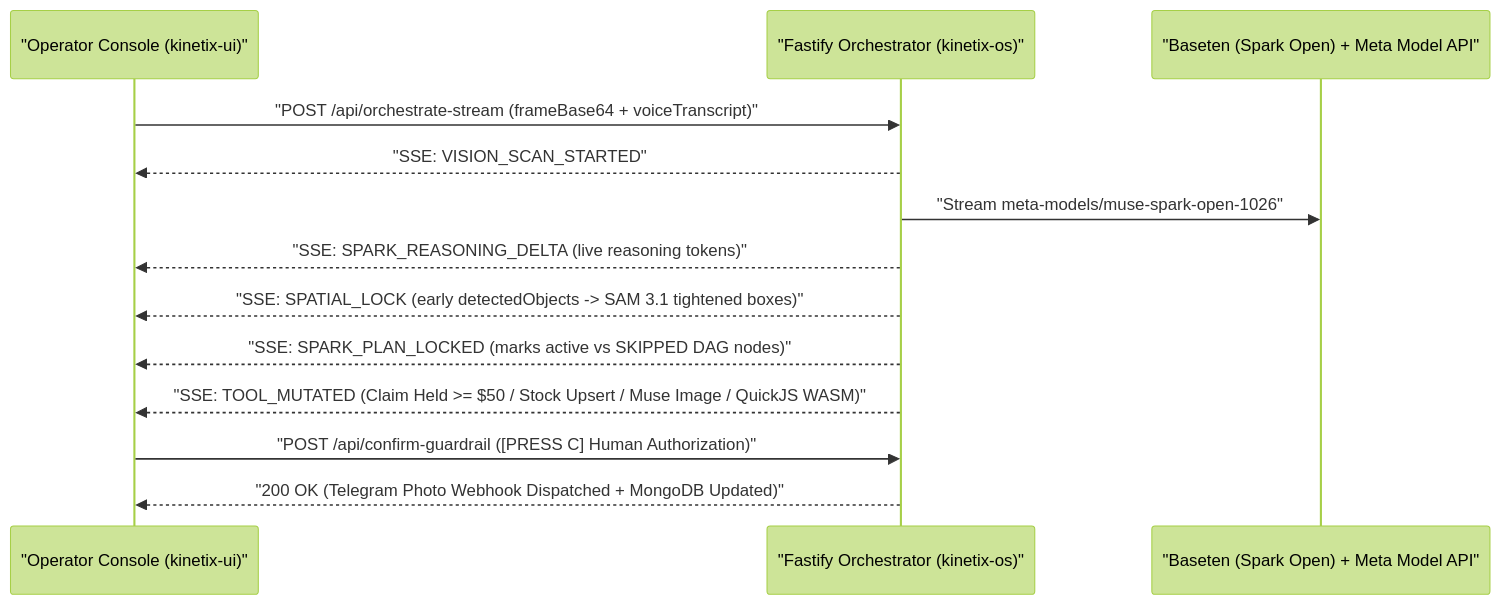
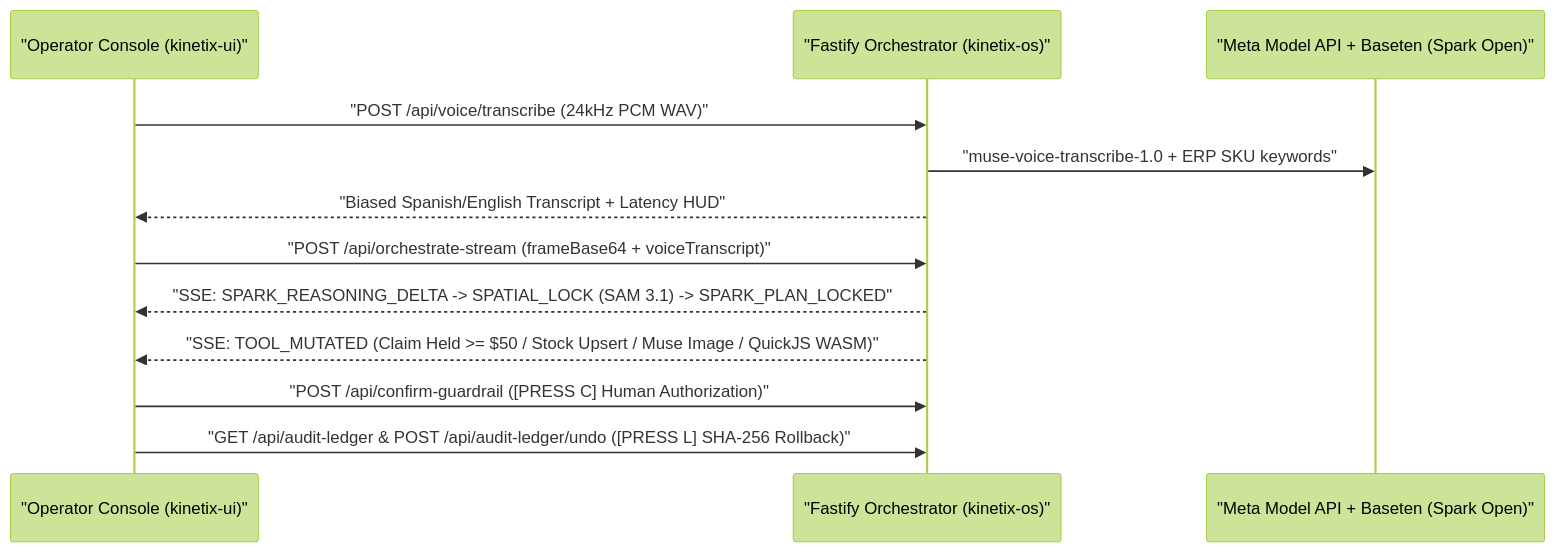
One commit to Gabyresina15/kinetix-ui changed the diagram in README.md. Above: the diagram before and after it, drawn with Mermaid (forest theme). The commit also changed other lines of this file and 7 other files, not shown here.

Commit message:
feat(ui): add 24kHz WAV Muse Voice recorder, SHA-256 Audit Ledger & Undo drawer, and 1080p WASM card fit

````diff
--- a/README.md
+++ b/README.md
@@ -12,16 +17,15 @@
 ```mermaid
 sequenceDiagram
   participant Op as "Operator Console (kinetix-ui)"
   participant API as "Fastify Orchestrator (kinetix-os)"
-  participant Meta as "Baseten (Spark Open) + Meta Model API"
+  participant Meta as "Meta Model API + Baseten (Spark Open)"
 
+  Op->>API: "POST /api/voice/transcribe (24kHz PCM WAV)"
+  API->>Meta: "muse-voice-transcribe-1.0 + ERP SKU keywords"
+  API-->>Op: "Biased Spanish/English Transcript + Latency HUD"
   Op->>API: "POST /api/orchestrate-stream (frameBase64 + voiceTranscript)"
-  API-->>Op: "SSE: VISION_SCAN_STARTED"
-  API->>Meta: "Stream meta-models/muse-spark-open-1026"
-  API-->>Op: "SSE: SPARK_REASONING_DELTA (live reasoning tokens)"
-  API-->>Op: "SSE: SPATIAL_LOCK (early detectedObjects -> SAM 3.1 tightened boxes)"
-  API-->>Op: "SSE: SPARK_PLAN_LOCKED (marks active vs SKIPPED DAG nodes)"
+  API-->>Op: "SSE: SPARK_REASONING_DELTA -> SPATIAL_LOCK (SAM 3.1) -> SPARK_PLAN_LOCKED"
   API-->>Op: "SSE: TOOL_MUTATED (Claim Held >= $50 / Stock Upsert / Muse Image / QuickJS WASM)"
   Op->>API: "POST /api/confirm-guardrail ([PRESS C] Human Authorization)"
-  API-->>Op: "200 OK (Telegram Photo Webhook Dispatched + MongoDB Updated)"
+  Op->>API: "GET /api/audit-ledger & POST /api/audit-ledger/undo ([PRESS L] SHA-256 Rollback)"
 ```
````
